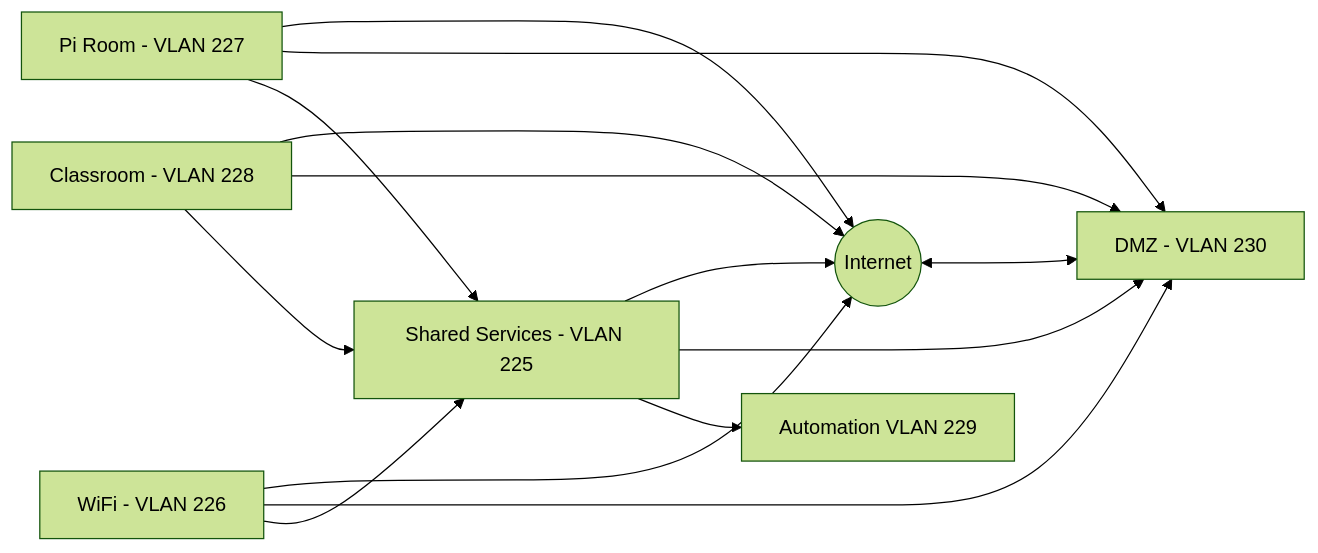
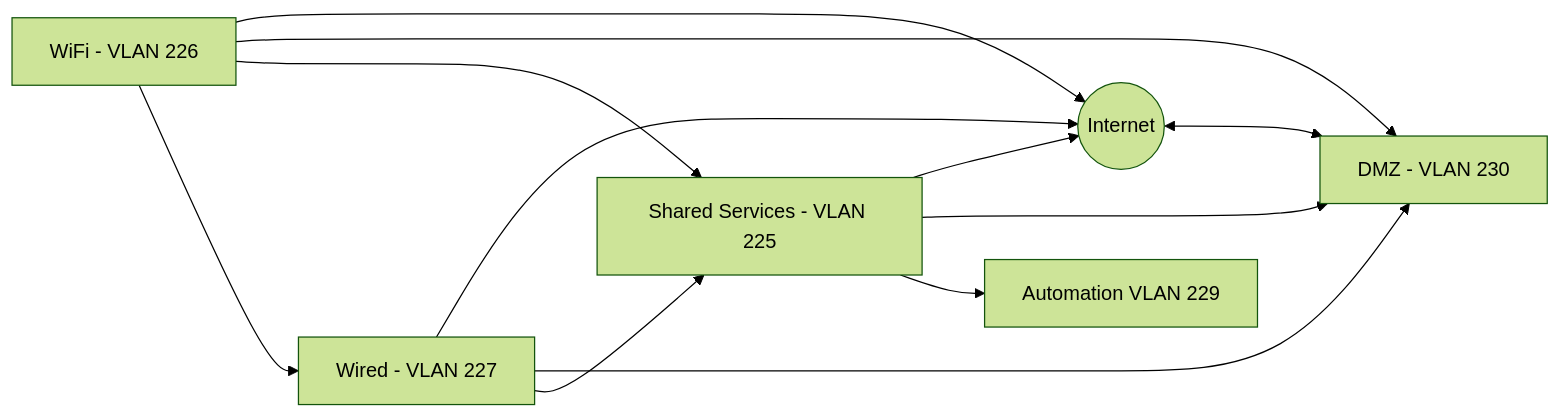
One commit to leigh-hackspace/HackspaceWiki changed the second of 2 diagrams in docs/infrastructure/network_layout.md. Above: the diagram before and after it, drawn with Mermaid (forest theme). The commit also changed other lines of this file, not shown here.

````diff
--- a/docs/infrastructure/network_layout.md
+++ b/docs/infrastructure/network_layout.md
@@ -90,23 +67,20 @@
 ```mermaid
 graph LR
     INTERNET((Internet))
     SHARED[Shared Services - VLAN 225]
     WiFi[WiFi - VLAN 226]
-    PIROOM[Pi Room - VLAN 227]
-    CLASSROOM[Classroom - VLAN 228]
+    WIRED[Wired - VLAN 227]
     AUTOMATION[Automation VLAN 229]
     SHARED --> INTERNET
-    PIROOM --> INTERNET
-    CLASSROOM --> INTERNET
+    WIRED --> INTERNET
     WiFi --> INTERNET
     INTERNET <--> DMZ[DMZ - VLAN 230]
     SHARED --> DMZ
-    PIROOM --> DMZ
-    CLASSROOM --> DMZ
+    WIRED --> DMZ
     WiFi --> DMZ
     
     WiFi --> SHARED
-    PIROOM --> SHARED
-    CLASSROOM --> SHARED
+    WIRED --> SHARED
+    WiFi --> WIRED
     SHARED --> AUTOMATION
 ```
````
